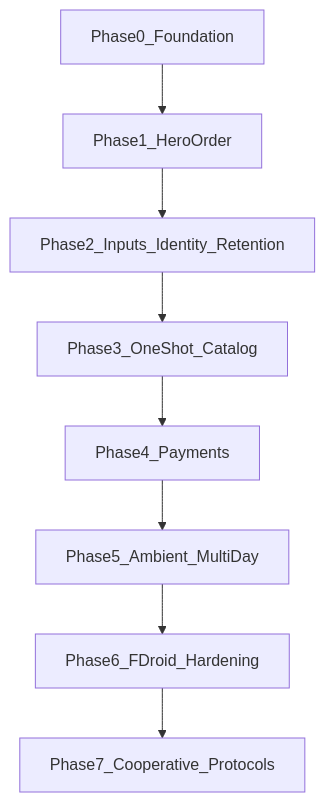
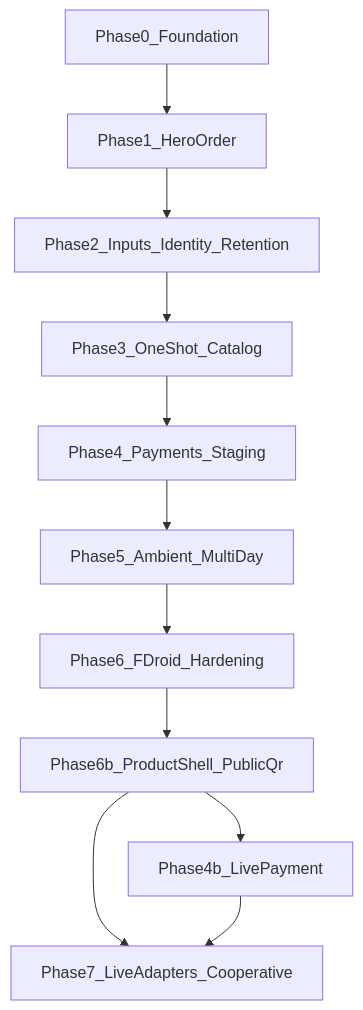
One commit to ingmarstruijs/Decoy changed the diagram in docs/development-phases.md. Above: the diagram before and after it, drawn with Mermaid. The commit also changed other lines of this file and 34 other files, not shown here.

First line of the commit message:
Ship product shell with FOSS QR scan and public samples.

````diff
--- a/docs/development-phases.md
+++ b/docs/development-phases.md
@@ -23,11 +23,14 @@
 ```mermaid
 flowchart TB
   P0[Phase0_Foundation]
   P0 --> P1[Phase1_HeroOrder]
   P1 --> P2[Phase2_Inputs_Identity_Retention]
   P2 --> P3[Phase3_OneShot_Catalog]
-  P3 --> P4[Phase4_Payments]
+  P3 --> P4[Phase4_Payments_Staging]
   P4 --> P5[Phase5_Ambient_MultiDay]
   P5 --> P6[Phase6_FDroid_Hardening]
-  P6 --> P7[Phase7_Cooperative_Protocols]
+  P6 --> P6b[Phase6b_ProductShell_PublicQr]
+  P6b --> P4b[Phase4b_LivePayment]
+  P6b --> P7[Phase7_LiveAdapters_Cooperative]
+  P4b --> P7
 ```
````
